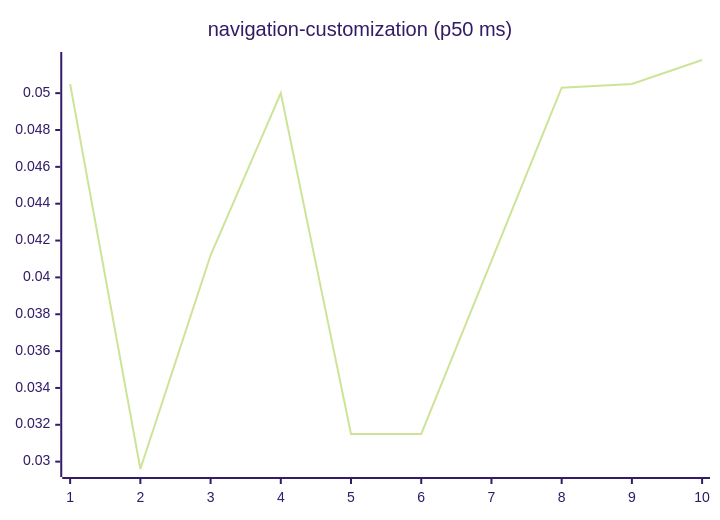
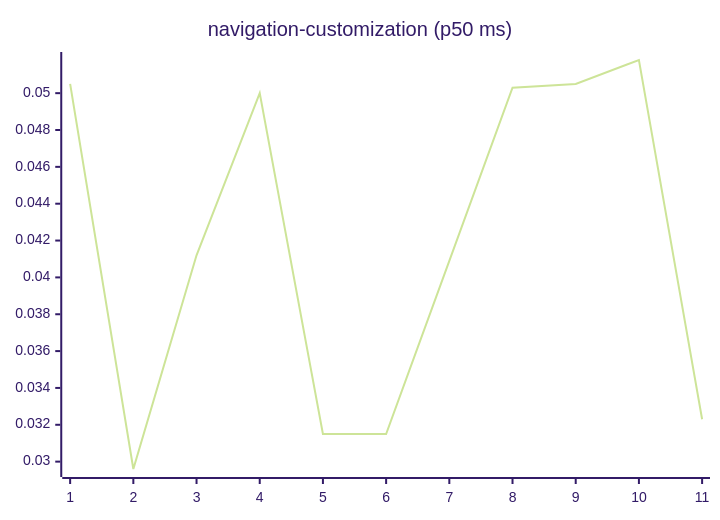
One commit to josha/Facet changed diagram 15 of 27 in README.md. Above: the diagram before and after it, drawn with Mermaid (forest theme). The commit also changed other lines of this file and 2 other files, not shown here.

````diff
--- a/README.md
+++ b/README.md
@@ -161,6 +161,6 @@
 ```mermaid
 xychart-beta
     title "navigation-customization (p50 ms)"
-    x-axis 1 --> 10
-    line [0.0505, 0.0296, 0.0412, 0.0500, 0.0315, 0.0315, 0.0409, 0.0503, 0.0505, 0.0518]
+    x-axis 1 --> 11
+    line [0.0505, 0.0296, 0.0412, 0.0500, 0.0315, 0.0315, 0.0409, 0.0503, 0.0505, 0.0518, 0.0323]
 ```
````
